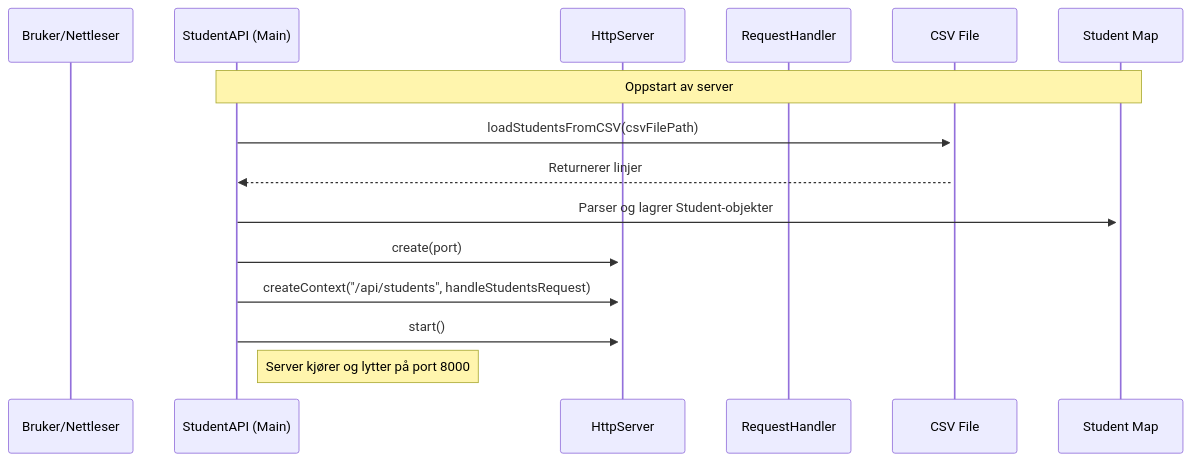
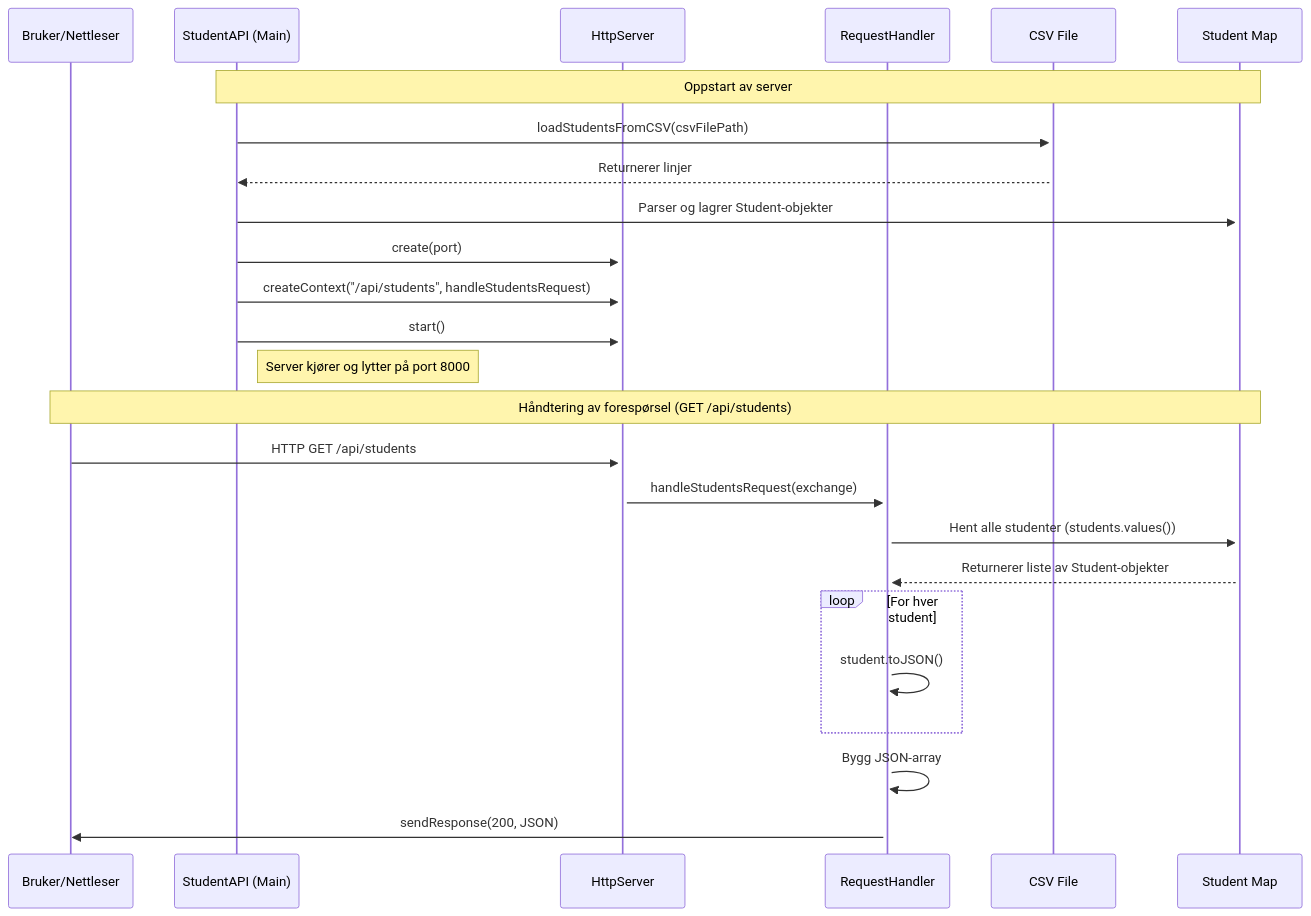
One commit to digitnow/data1500-lecture-02 changed the diagram in seqdiagr/test-mermaid.md. Above: the diagram before and after it, drawn with Mermaid.

Commit message:
testing 10

````diff
--- a/seqdiagr/test-mermaid.md
+++ b/seqdiagr/test-mermaid.md
@@ -3,18 +3,29 @@
 ```mermaid
 sequenceDiagram
     participant User as Bruker/Nettleser
     participant Main as StudentAPI (Main)
     participant Server as HttpServer
     participant Handler as RequestHandler
     participant CSV as CSV File
     participant Map as Student Map
 
     Note over Main, Map: Oppstart av server
     Main->>+CSV: loadStudentsFromCSV(csvFilePath)
     CSV-->>Main: Returnerer linjer
     Main->>+Map: Parser og lagrer Student-objekter
     Main->>+Server: create(port)
     Main->>Server: createContext("/api/students", handleStudentsRequest)
     Main->>Server: start()
     Note right of Main: Server kjører og lytter på port 8000
+
+    Note over User, Map: Håndtering av forespørsel (GET /api/students)
+    User->>Server: HTTP GET /api/students
+    Server->>+Handler: handleStudentsRequest(exchange)
+    Handler->>Map: Hent alle studenter (students.values())
+    Map-->>Handler: Returnerer liste av Student-objekter
+    loop For hver student
+        Handler->>Handler: student.toJSON()
+    end
+    Handler->>Handler: Bygg JSON-array
+    Handler->>User: sendResponse(200, JSON)
 ```
````
